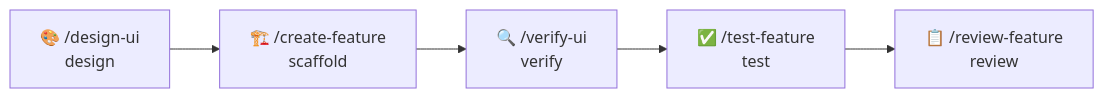
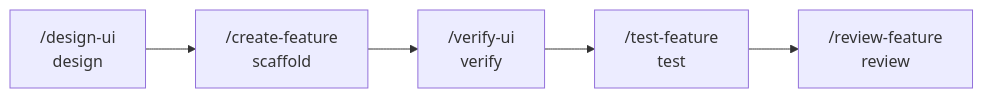
The diagram in README.md (Saroj-Maharjan/KMPilot), drawn with Mermaid before and after one commit. The commit also changed other lines of this file and 1 other file, not shown here.

````diff
--- a/README.md
+++ b/README.md
@@ -90,7 +123,7 @@
 ```mermaid
 graph LR
-  A["🎨 /design-ui<br/>design"] --> B["🏗️ /create-feature<br/>scaffold"]
-  B --> C["🔍 /verify-ui<br/>verify"]
-  C --> D["✅ /test-feature<br/>test"]
-  D --> E["📋 /review-feature<br/>review"]
+  A["/design-ui<br/>design"] --> B["/create-feature<br/>scaffold"]
+  B --> C["/verify-ui<br/>verify"]
+  C --> D["/test-feature<br/>test"]
+  D --> E["/review-feature<br/>review"]
 ```
````
